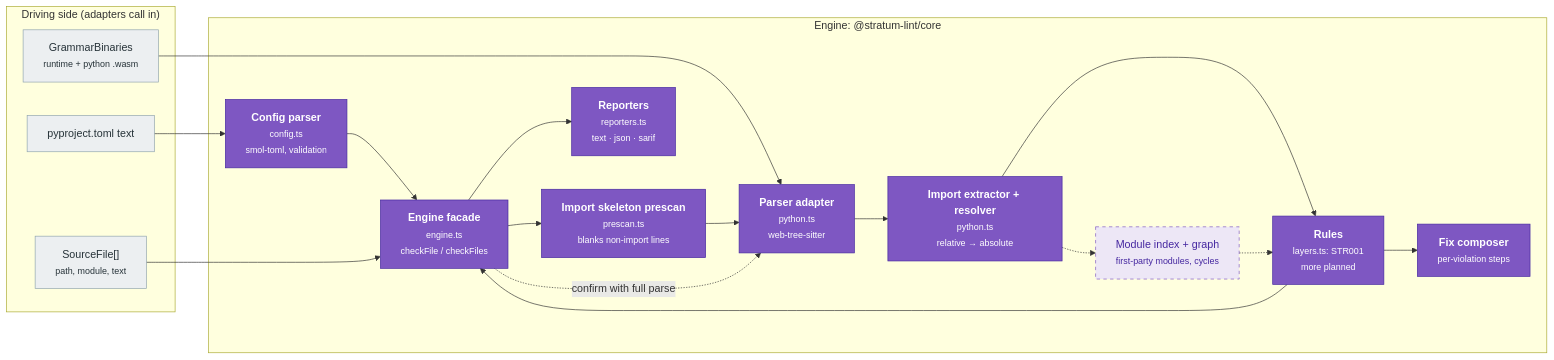
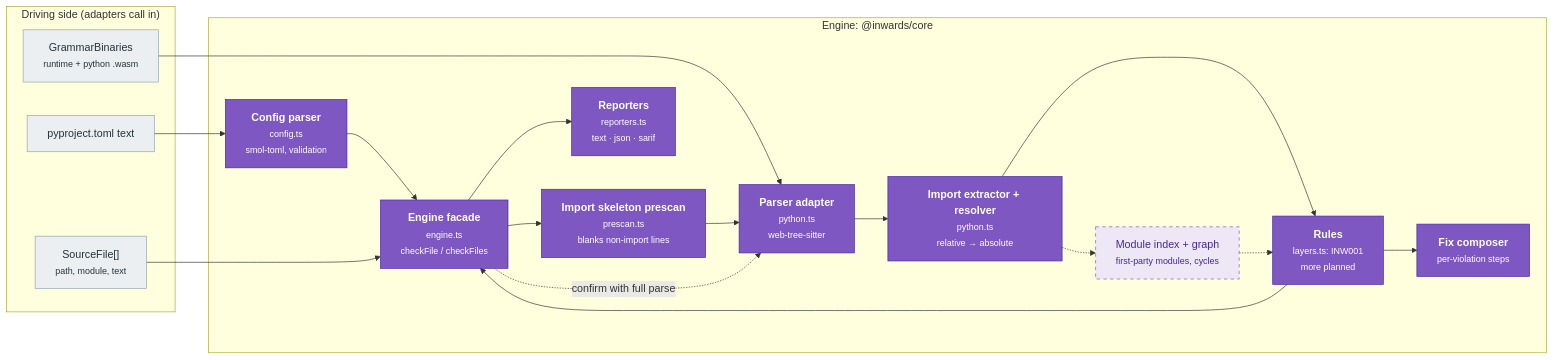
One commit to SirCypkowskyy/inwards changed the third of 6 diagrams in docs/chapters/03-Architecture-C4.md. Above: the diagram before and after it, drawn with Mermaid. The commit also changed other lines of this file and 46 other files, not shown here.

First line of the commit message:
Rename Stratum to Inwards; publish docs on GitHub Pages

````diff
--- a/docs/chapters/03-Architecture-C4.md
+++ b/docs/chapters/03-Architecture-C4.md
@@ -108,37 +108,37 @@
 ```mermaid
 flowchart LR
     subgraph driving["Driving side (adapters call in)"]
         files["SourceFile[]<br/><small>path, module, text</small>"]
         cfgtext["pyproject.toml text"]
         wasm["GrammarBinaries<br/><small>runtime + python .wasm</small>"]
     end
 
-    subgraph enginebox["Engine: @stratum-lint/core"]
+    subgraph enginebox["Engine: @inwards/core"]
         config["<b>Config parser</b><br/><small>config.ts<br/>smol-toml, validation</small>"]
         pre["<b>Import skeleton prescan</b><br/><small>prescan.ts<br/>blanks non-import lines</small>"]
         parser["<b>Parser adapter</b><br/><small>python.ts<br/>web-tree-sitter</small>"]
         extract["<b>Import extractor + resolver</b><br/><small>python.ts<br/>relative → absolute</small>"]
-        rules["<b>Rules</b><br/><small>layers.ts: STR001<br/>more planned</small>"]
+        rules["<b>Rules</b><br/><small>layers.ts: INW001<br/>more planned</small>"]
         fix["<b>Fix composer</b><br/><small>per-violation steps</small>"]
         report["<b>Reporters</b><br/><small>reporters.ts<br/>text · json · sarif</small>"]
         engine["<b>Engine facade</b><br/><small>engine.ts<br/>checkFile / checkFiles</small>"]
         modgraph["Module index + graph<br/><small>first-party modules, cycles</small>"]
     end
 
     cfgtext --> config --> engine
     wasm --> parser
     files --> engine
     engine --> pre --> parser --> extract --> rules
     rules --> fix
     rules --> engine
     engine -. "confirm with full parse" .-> parser
     extract -.-> modgraph -.-> rules
     engine --> report
 
     classDef comp fill:#7e57c2,color:#fff,stroke:#4527a0
     classDef planned fill:#ede7f6,color:#4527a0,stroke:#7e57c2,stroke-dasharray:5 5
     classDef port fill:#eceff1,color:#263238,stroke:#90a4ae
     class config,pre,parser,extract,rules,fix,report,engine comp
     class modgraph planned
     class files,cfgtext,wasm port
 ```
````
